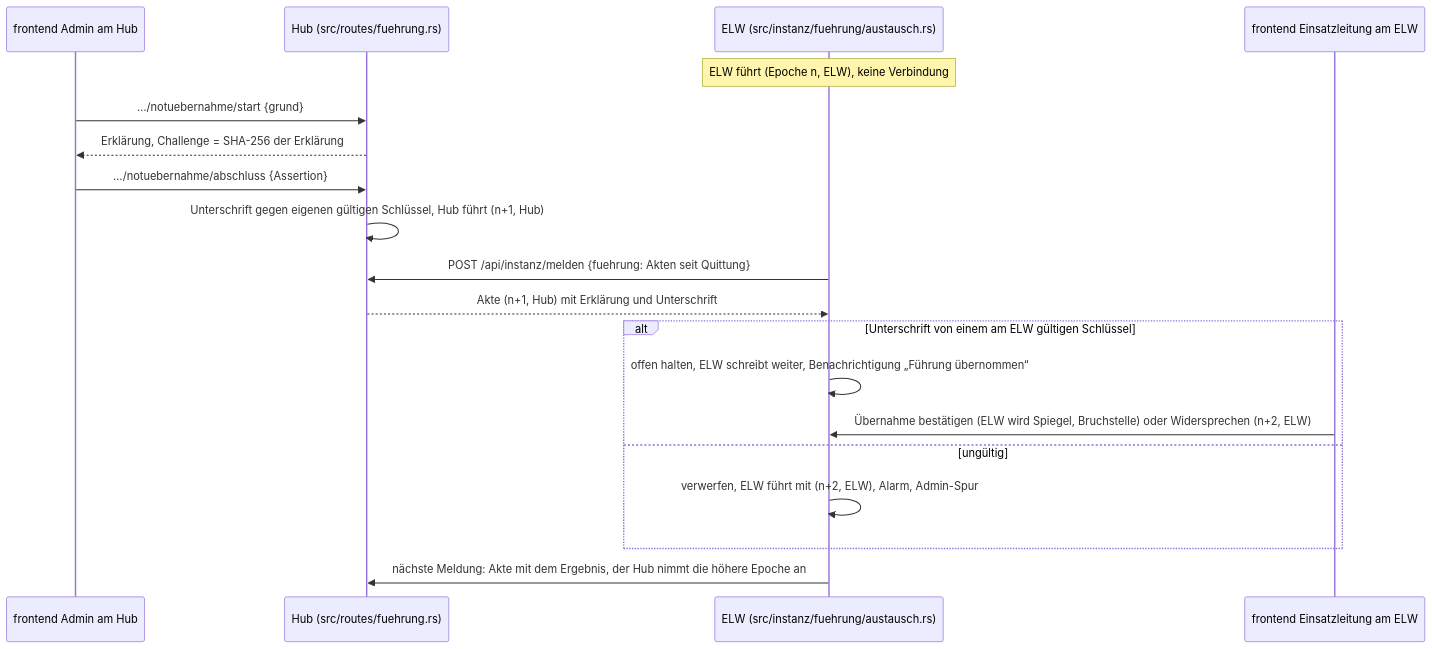
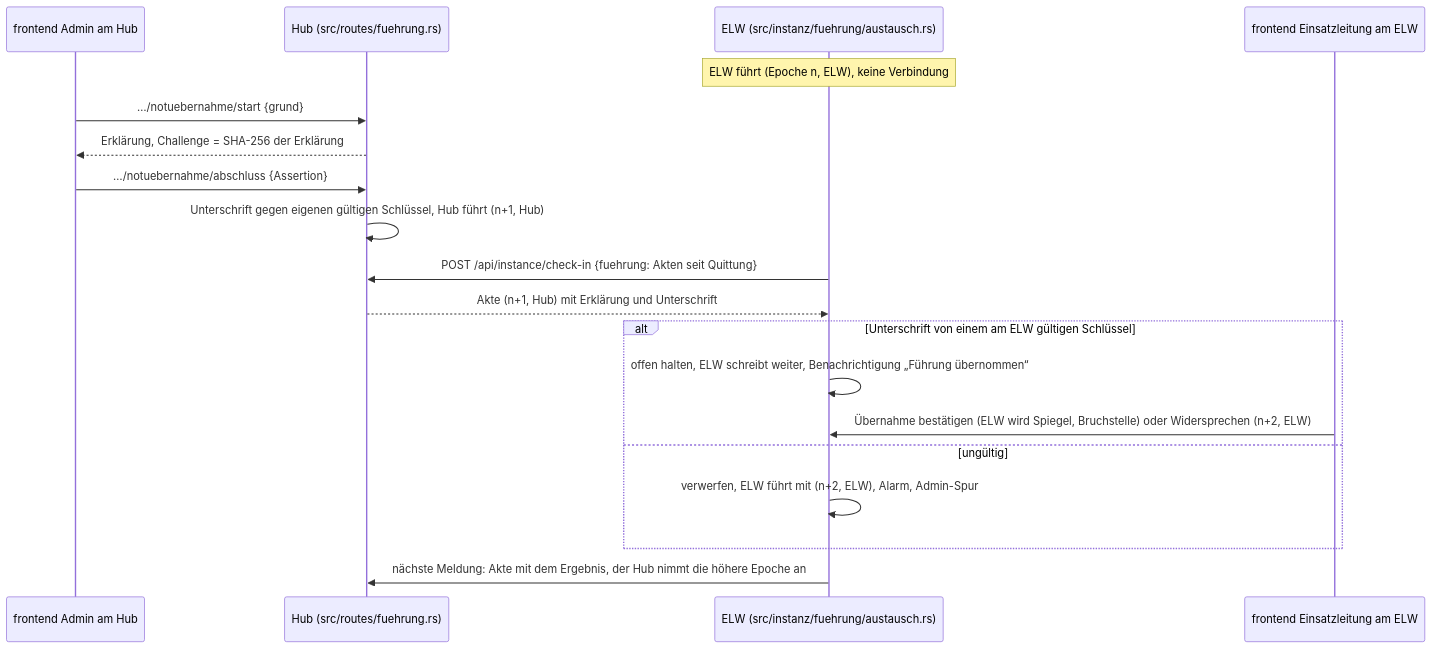
One commit to rubenvitt/lifeline-hub changed diagram 11 of 19 in docs/architektur/06-laufzeitsicht.md. Above: the diagram before and after it, drawn with Mermaid. The commit also changed other lines of this file and 41 other files, not shown here.

````diff
--- a/docs/architektur/06-laufzeitsicht.md
+++ b/docs/architektur/06-laufzeitsicht.md
@@ -443,21 +443,21 @@
 ```mermaid
 sequenceDiagram
   participant AH as frontend Admin am Hub
   participant H as Hub (src/routes/fuehrung.rs)
   participant E as ELW (src/instanz/fuehrung/austausch.rs)
   participant EL as frontend Einsatzleitung am ELW
   Note over E: ELW führt (Epoche n, ELW), keine Verbindung
   AH->>H: …/notuebernahme/start {grund}
   H-->>AH: Erklärung, Challenge = SHA-256 der Erklärung
   AH->>H: …/notuebernahme/abschluss {Assertion}
   H->>H: Unterschrift gegen eigenen gültigen Schlüssel, Hub führt (n+1, Hub)
-  E->>H: POST /api/instanz/melden {fuehrung: Akten seit Quittung}
+  E->>H: POST /api/instance/check-in {fuehrung: Akten seit Quittung}
   H-->>E: Akte (n+1, Hub) mit Erklärung und Unterschrift
   alt Unterschrift von einem am ELW gültigen Schlüssel
     E->>E: offen halten, ELW schreibt weiter, Benachrichtigung „Führung übernommen“
     EL->>E: Übernahme bestätigen (ELW wird Spiegel, Bruchstelle) oder Widersprechen (n+2, ELW)
   else ungültig
     E->>E: verwerfen, ELW führt mit (n+2, ELW), Alarm, Admin-Spur
   end
   E->>H: nächste Meldung: Akte mit dem Ergebnis, der Hub nimmt die höhere Epoche an
 ```
````
